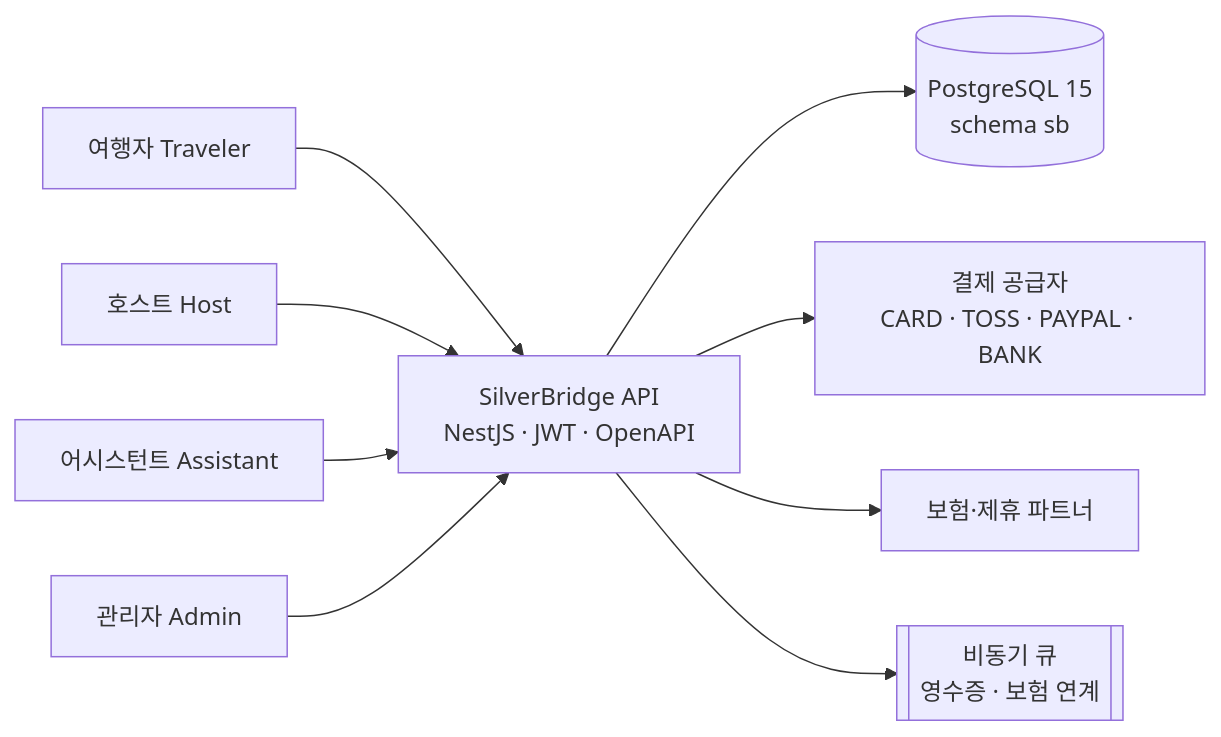
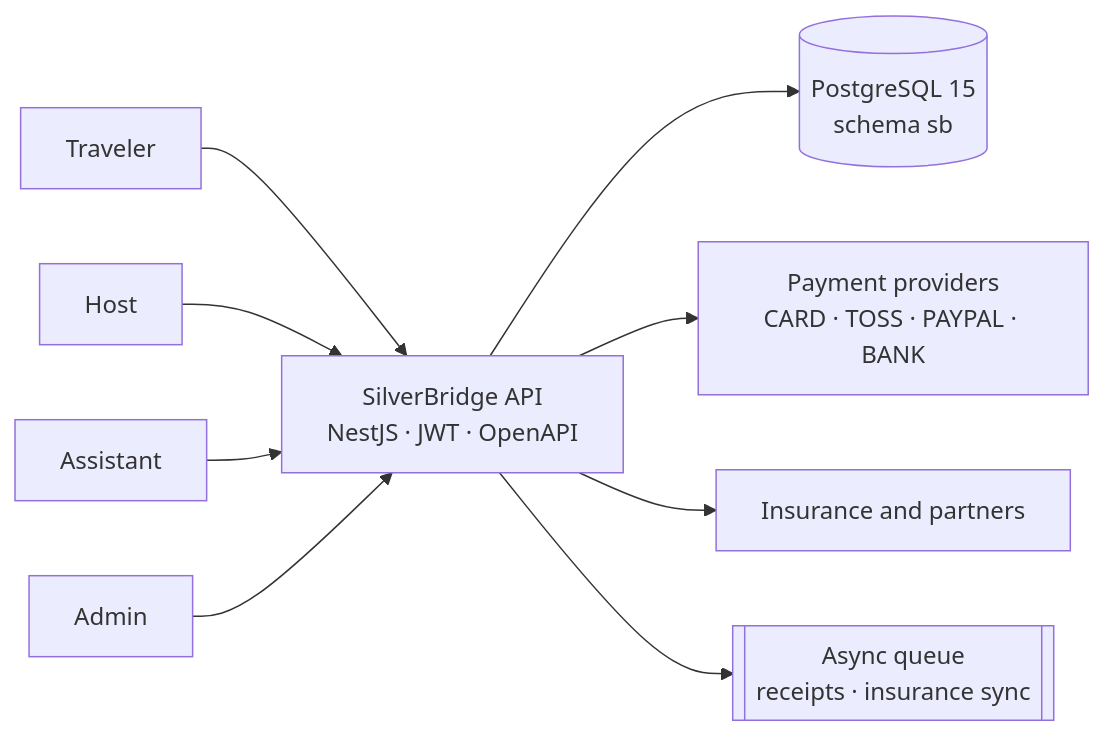
Before and after one commit to HoDoo7081/dooho-dev-portfolio: the first of 2 diagrams in projects/silverbridge-backend/README.md, drawn with Mermaid. The commit also changed other lines of this file and 61 other files, not shown here.

First line of the commit message:
Make the portfolio English-first: translate READMEs, ADRs, PRD and design docs; redraw payment diagrams in English; keep Korean originals

````diff
--- a/projects/silverbridge-backend/README.md
+++ b/projects/silverbridge-backend/README.md
@@ -97,11 +102,11 @@
 ```mermaid
 flowchart LR
-  T[여행자 Traveler] --> API
-  H[호스트 Host] --> API
-  A[어시스턴트 Assistant] --> API
-  AD[관리자 Admin] --> API
+  T[Traveler] --> API
+  H[Host] --> API
+  A[Assistant] --> API
+  AD[Admin] --> API
   API[SilverBridge API<br/>NestJS · JWT · OpenAPI] --> DB[(PostgreSQL 15<br/>schema sb)]
-  API --> PAY[결제 공급자<br/>CARD · TOSS · PAYPAL · BANK]
-  API --> INS[보험·제휴 파트너]
-  API --> Q[[비동기 큐<br/>영수증 · 보험 연계]]
+  API --> PAY[Payment providers<br/>CARD · TOSS · PAYPAL · BANK]
+  API --> INS[Insurance and partners]
+  API --> Q[[Async queue<br/>receipts · insurance sync]]
 ```
````
